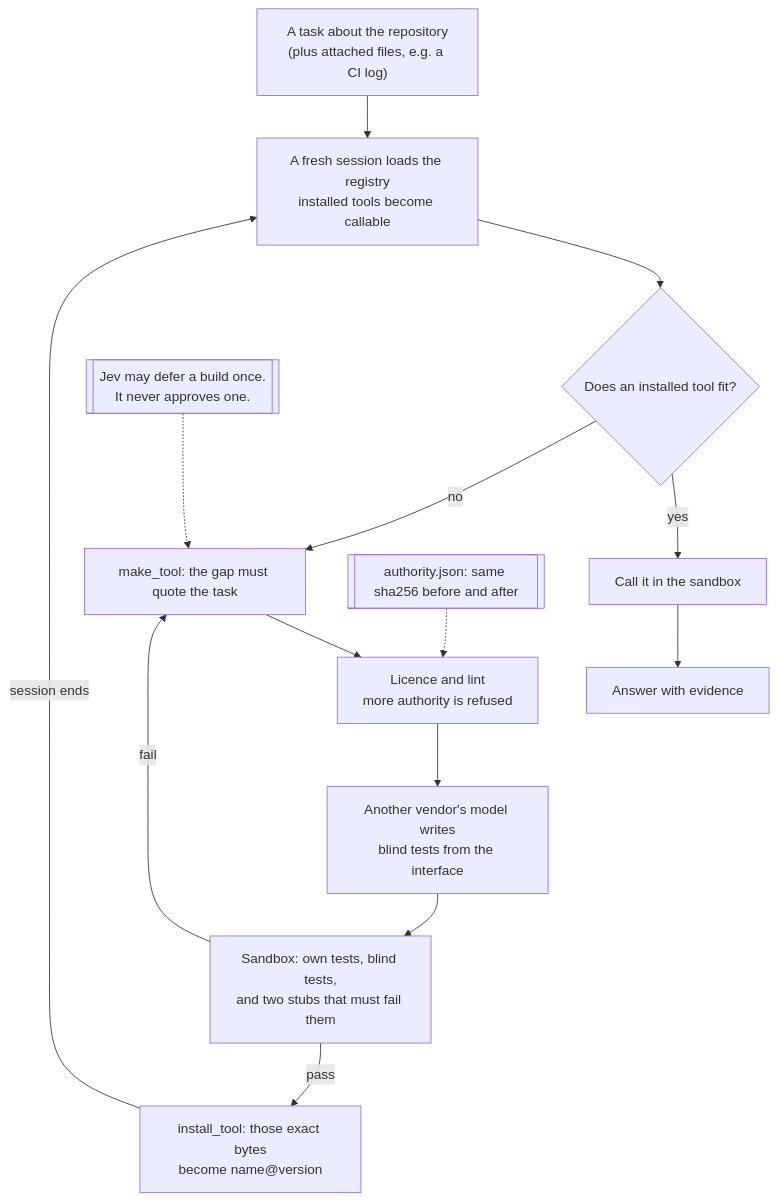
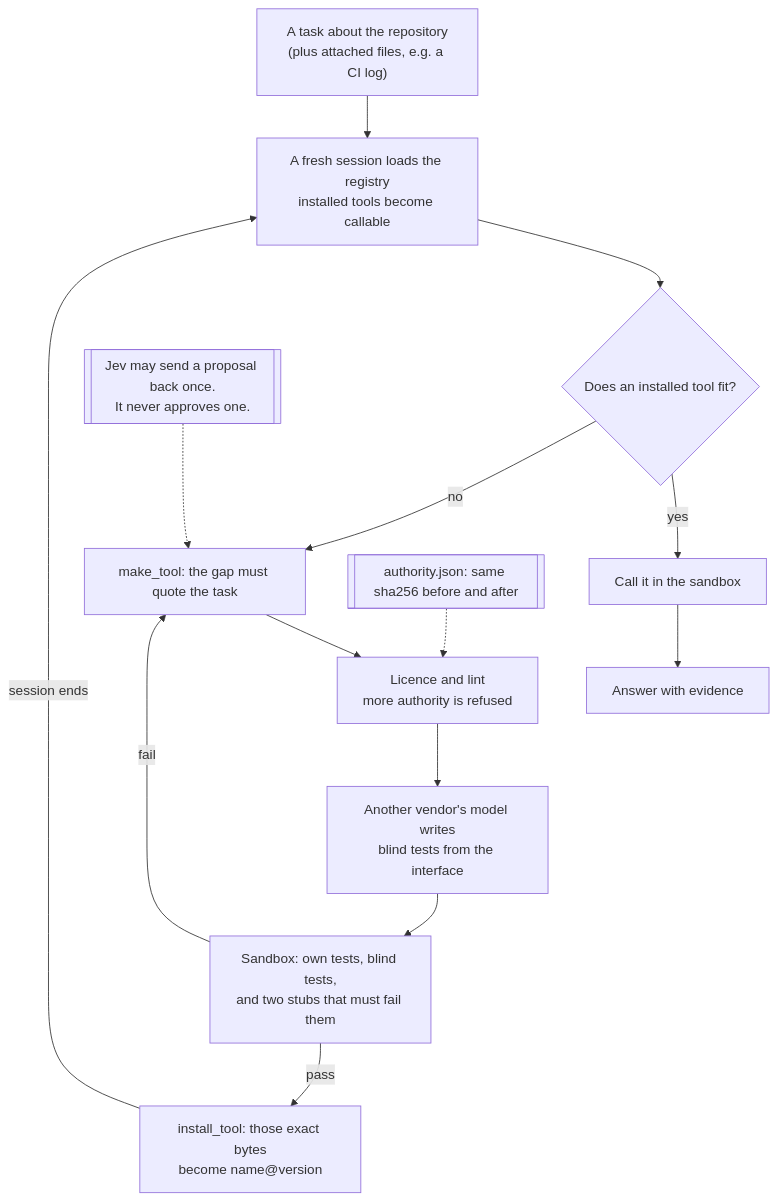
One commit to actions-marketplace-validations/ofou_golem changed the diagram in README.md. Above: the diagram before and after it, drawn with Mermaid. The commit also changed other lines of this file and 25 other files, not shown here.

````diff
--- a/README.md
+++ b/README.md
@@ -14,16 +27,16 @@
 ```mermaid
 flowchart TD
   task["A task about the repository<br/>(plus attached files, e.g. a CI log)"] --> fresh["A fresh session loads the registry<br/>installed tools become callable"]
   fresh --> fits{"Does an installed tool fit?"}
   fits -->|yes| use["Call it in the sandbox"]
   fits -->|no| make["make_tool: the gap must quote the task"]
   make --> rules["Licence and lint<br/>more authority is refused"]
   rules --> blind["Another vendor's model writes<br/>blind tests from the interface"]
   blind --> prove["Sandbox: own tests, blind tests,<br/>and two stubs that must fail them"]
   prove -->|fail| make
   prove -->|pass| install["install_tool: those exact bytes<br/>become name@version"]
   install -->|session ends| fresh
   use --> answer["Answer with evidence"]
-  jev[["Jev may defer a build once.<br/>It never approves one."]] -.-> make
+  jev[["Jev may send a proposal back once.<br/>It never approves one."]] -.-> make
   licence[["authority.json: same sha256 before and after"]] -.-> rules
 ```
````
